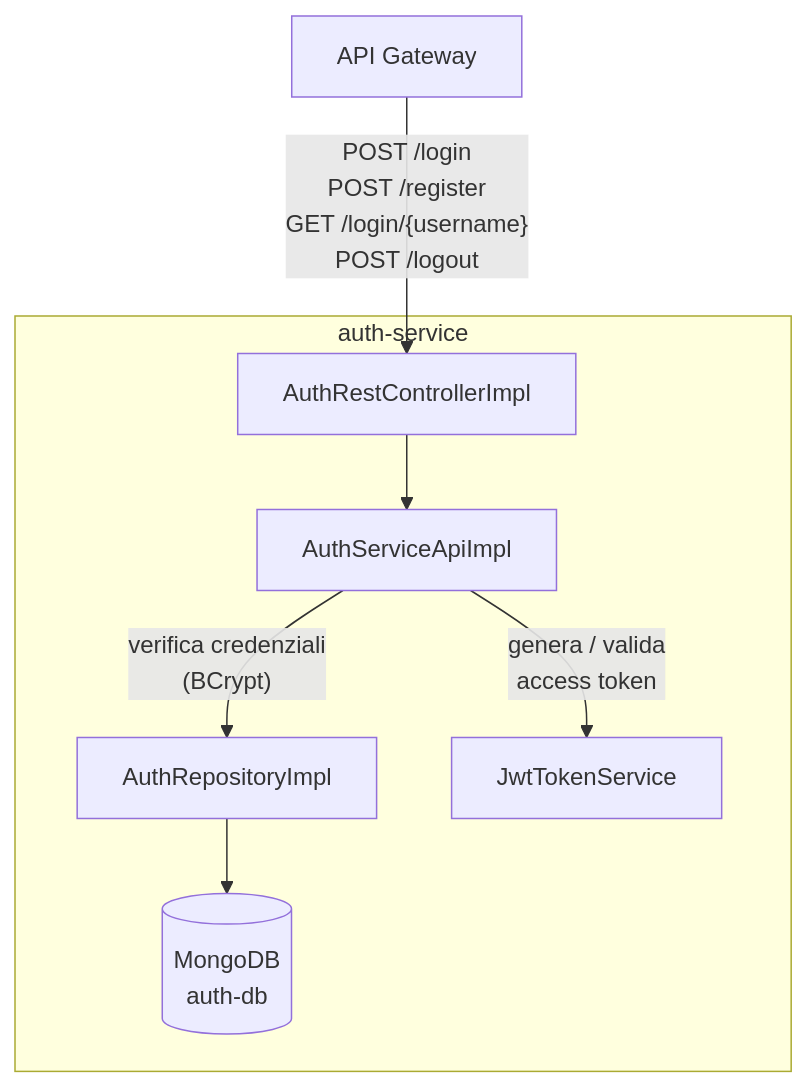
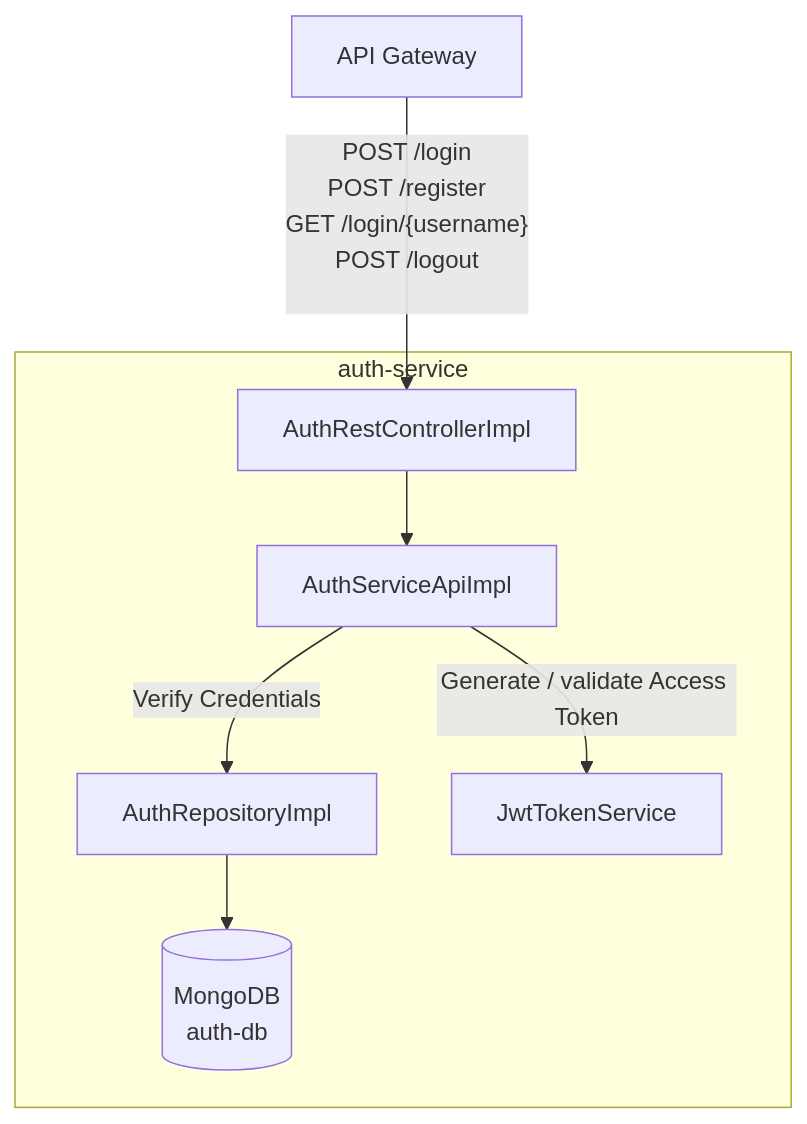
One commit to piertv21/SmartGym-Monitor changed the fourth of 10 diagrams in docs/report/Implementation.md. Above: the diagram before and after it, drawn with Mermaid. The commit also changed other lines of this file, not shown here.

Commit message:
docs: refactor docs schema

````diff
--- a/docs/report/Implementation.md
+++ b/docs/report/Implementation.md
@@ -116,14 +139,15 @@
 ```mermaid
 flowchart TD
     GW[API Gateway]
 
-    subgraph auth-service
+    subgraph auth-service\n\n\n
         CTRL["AuthRestControllerImpl"]
         CTRL --> API["AuthServiceApiImpl"]
-        API -->|"verifica credenziali\n(BCrypt)"| REPO["AuthRepositoryImpl"]
-        API -->|"genera / valida\naccess token"| JWT["JwtTokenService"]
+        API -->|"Verify Credentials\n"| REPO["AuthRepositoryImpl"]
+
+        API -->|"Generate / validate Access Token\n" | JWT["JwtTokenService"]
         REPO --> DB[(MongoDB\nauth-db)]
     end
 
-    GW -->|"POST /login\nPOST /register\nGET /login/{username}\nPOST /logout"| CTRL
+    GW -->|"POST /login\nPOST /register\nGET /login/{username}\nPOST /logout     \n\n "| CTRL
 ```
````
